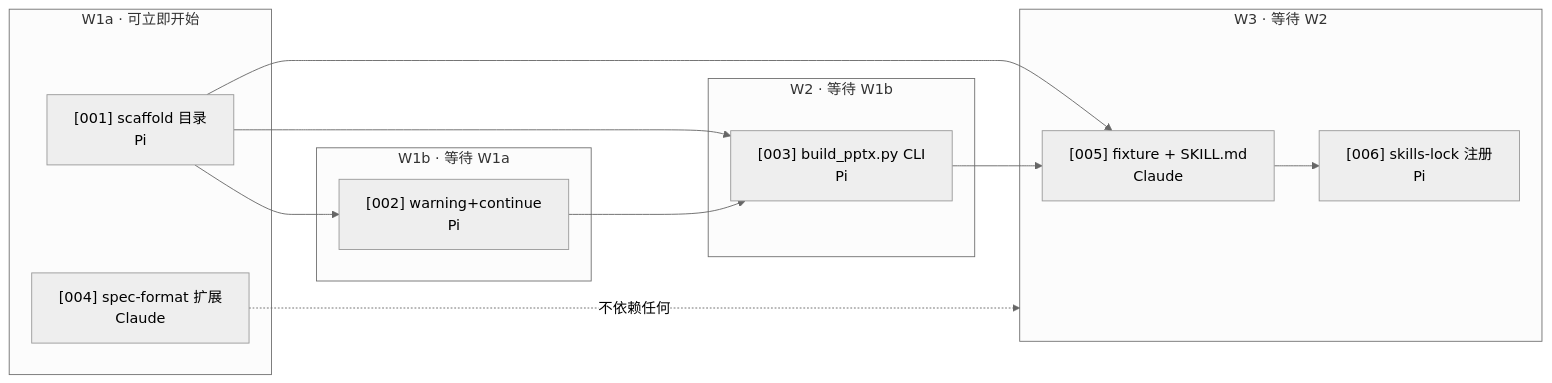
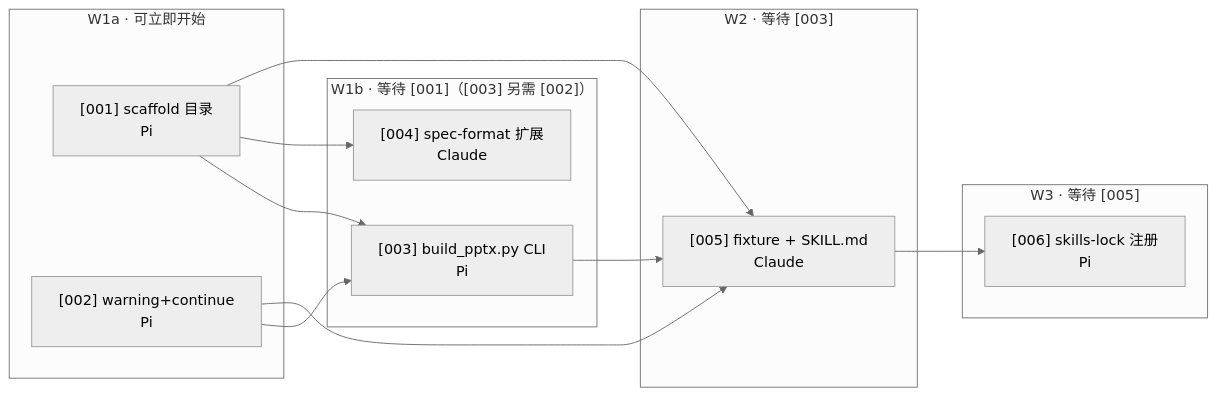
One commit to chenliang2023/GPT-PPT-Generator changed the diagram in .workflow/tickets/001-json-to-ppt-v1/00-INDEX.md. Above: the diagram before and after it, drawn with Mermaid (neutral theme). The commit also changed other lines of this file and 7 other files, not shown here.

````diff
--- a/.workflow/tickets/001-json-to-ppt-v1/00-INDEX.md
+++ b/.workflow/tickets/001-json-to-ppt-v1/00-INDEX.md
@@ -18,24 +18,24 @@
 ```mermaid
 flowchart LR
   subgraph W1a["W1a · 可立即开始"]
     T001["[001] scaffold 目录<br/>Pi"]
-    T004["[004] spec-format 扩展<br/>Claude"]
-  end
-  subgraph W1b["W1b · 等待 W1a"]
     T002["[002] warning+continue<br/>Pi"]
   end
-  subgraph W2["W2 · 等待 W1b"]
+  subgraph W1b["W1b · 等待 [001]（[003] 另需 [002]）"]
+    T004["[004] spec-format 扩展<br/>Claude"]
     T003["[003] build_pptx.py CLI<br/>Pi"]
   end
-  subgraph W3["W3 · 等待 W2"]
+  subgraph W2["W2 · 等待 [003]"]
     T005["[005] fixture + SKILL.md<br/>Claude"]
+  end
+  subgraph W3["W3 · 等待 [005]"]
     T006["[006] skills-lock 注册<br/>Pi"]
   end
-  T001 --> T002
   T001 --> T003
+  T001 --> T004
   T001 --> T005
   T002 --> T003
+  T002 --> T005
   T003 --> T005
-  T004 -.不依赖任何.-> W3
   T005 --> T006
 ```
````
